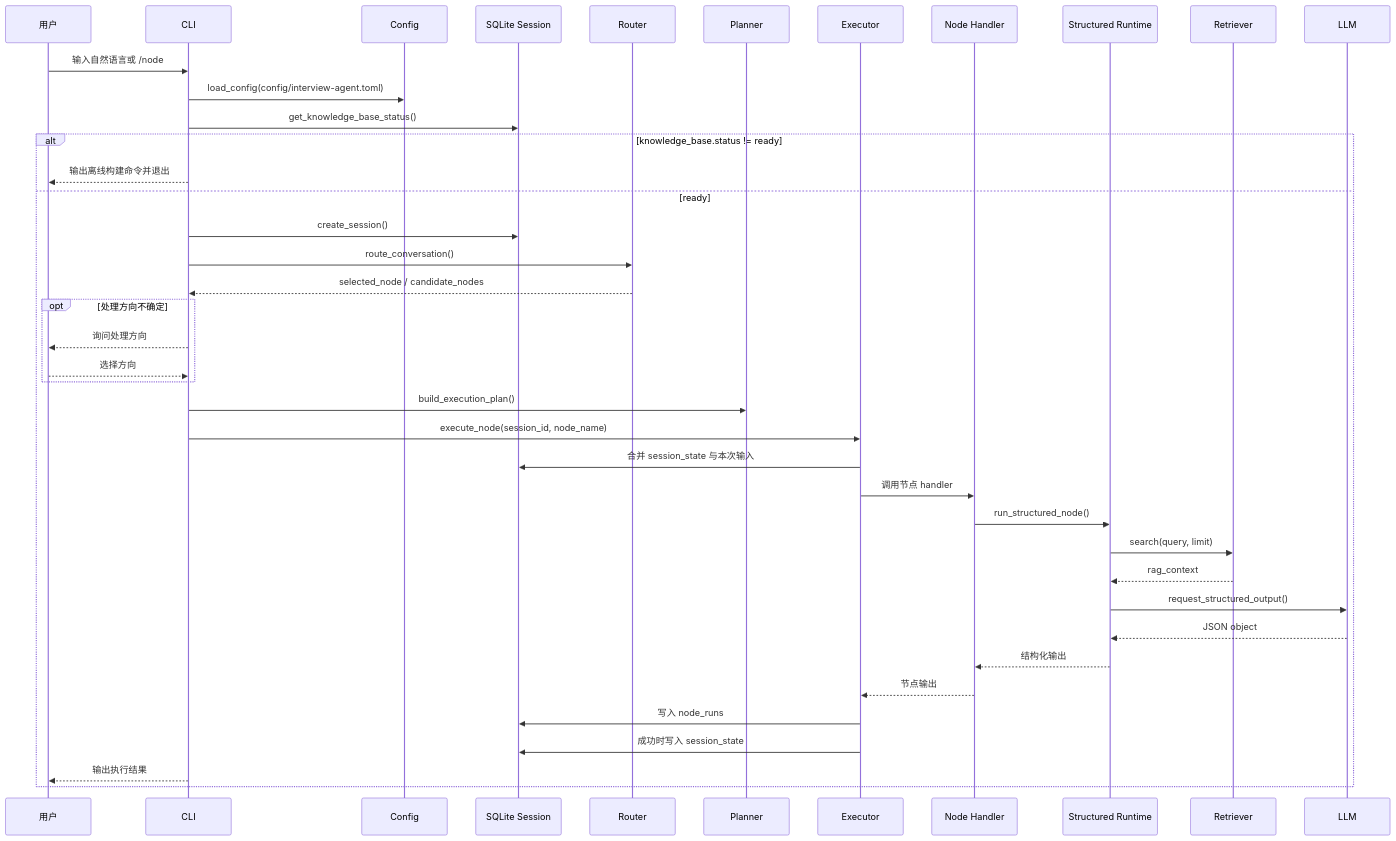
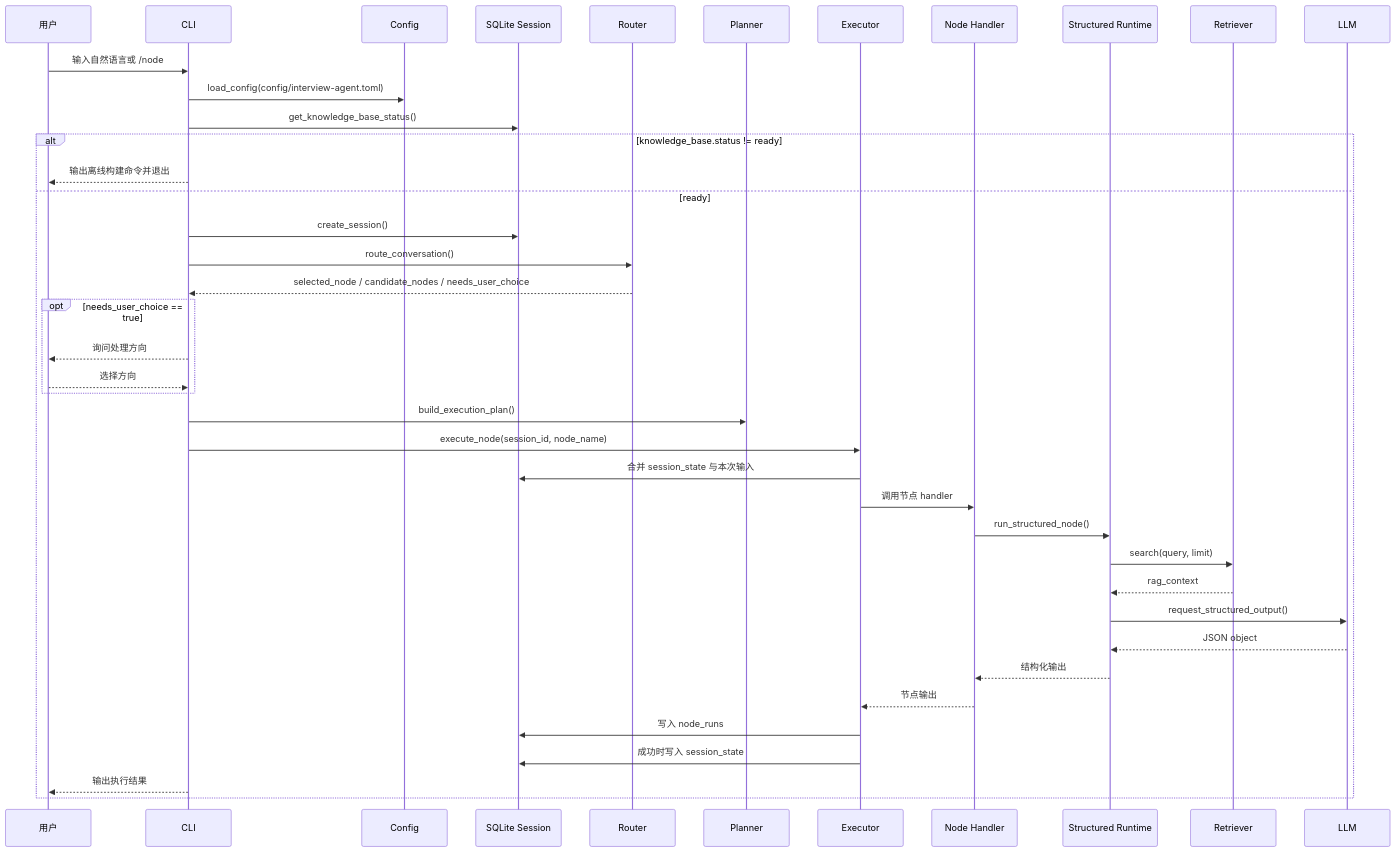
Before and after one commit to kaomianjin2/resume-agent: the second of 4 diagrams in docs/architecture.md, drawn with Mermaid. The commit also changed other lines of this file and 3 other files, not shown here.

````diff
--- a/docs/architecture.md
+++ b/docs/architecture.md
@@ -55,43 +55,43 @@
 ```mermaid
 sequenceDiagram
     participant U as 用户
     participant CLI as CLI
     participant C as Config
     participant S as SQLite Session
     participant R as Router
     participant P as Planner
     participant E as Executor
     participant N as Node Handler
     participant A as Structured Runtime
     participant K as Retriever
     participant L as LLM
 
     U->>CLI: 输入自然语言或 /node
     CLI->>C: load_config(config/interview-agent.toml)
     CLI->>S: get_knowledge_base_status()
     alt knowledge_base.status != ready
         CLI-->>U: 输出离线构建命令并退出
     else ready
         CLI->>S: create_session()
         CLI->>R: route_conversation()
-        R-->>CLI: selected_node / candidate_nodes
-        opt 处理方向不确定
+        R-->>CLI: selected_node / candidate_nodes / needs_user_choice
+        opt needs_user_choice == true
             CLI-->>U: 询问处理方向
             U-->>CLI: 选择方向
         end
         CLI->>P: build_execution_plan()
         CLI->>E: execute_node(session_id, node_name)
         E->>S: 合并 session_state 与本次输入
         E->>N: 调用节点 handler
         N->>A: run_structured_node()
         A->>K: search(query, limit)
         K-->>A: rag_context
         A->>L: request_structured_output()
         L-->>A: JSON object
         A-->>N: 结构化输出
         N-->>E: 节点输出
         E->>S: 写入 node_runs
         E->>S: 成功时写入 session_state
         CLI-->>U: 输出执行结果
     end
 ```
````
